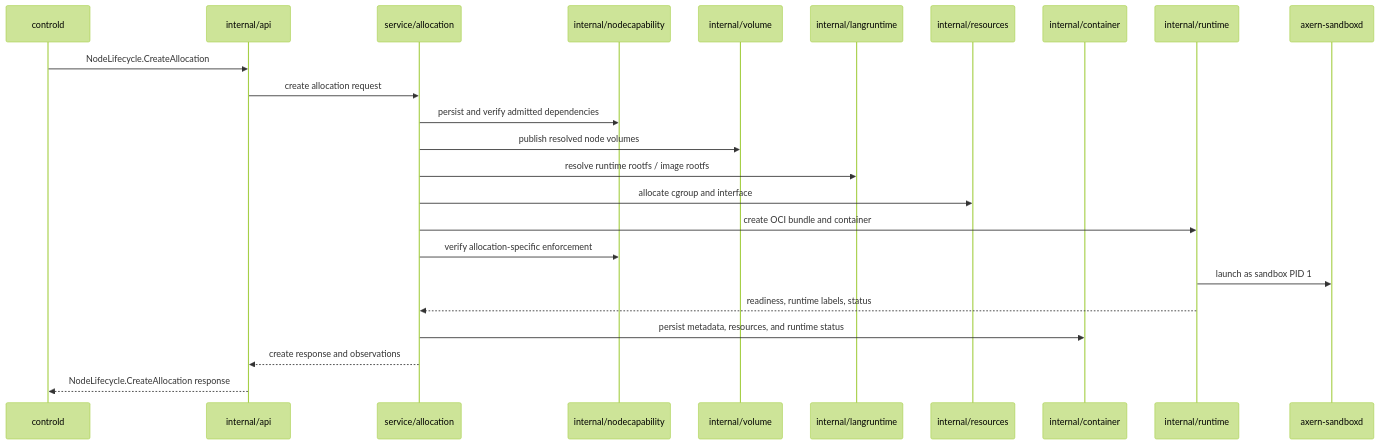
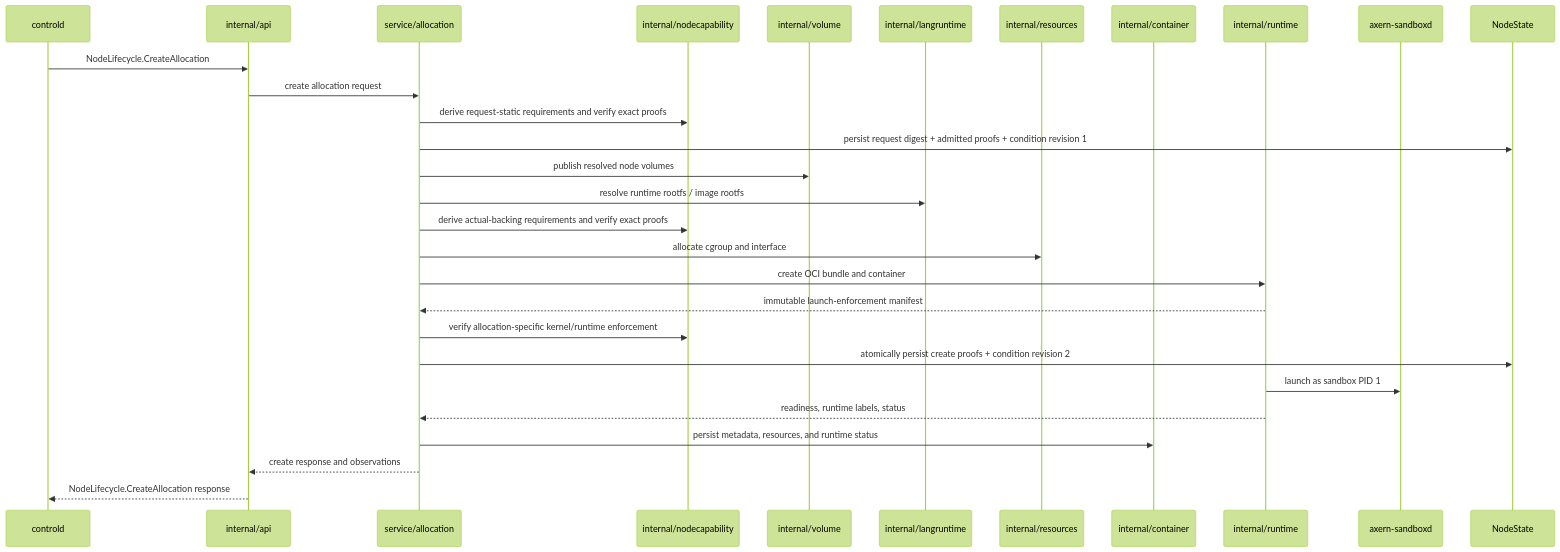
Before and after one commit to cofy-x/axern: the second of 3 diagrams in runtime/axnoded/docs/architecture.md, drawn with Mermaid (forest theme). The commit also changed other lines of this file and 288 other files, not shown here.

````diff
--- a/runtime/axnoded/docs/architecture.md
+++ b/runtime/axnoded/docs/architecture.md
@@ -69,27 +70,31 @@
 ```mermaid
 sequenceDiagram
     participant Control as controld
     participant API as internal/api
     participant Start as service/allocation
     participant Capability as internal/nodecapability
     participant Volume as internal/volume
     participant LangRT as internal/langruntime
     participant Resources as internal/resources
     participant Container as internal/container
     participant Runtime as internal/runtime
     participant Sandboxd as axern-sandboxd
 
     Control->>API: NodeLifecycle.CreateAllocation
     API->>Start: create allocation request
-    Start->>Capability: persist and verify admitted dependencies
+    Start->>Capability: derive request-static requirements and verify exact proofs
+    Start->>NodeState: persist request digest + admitted proofs + condition revision 1
     Start->>Volume: publish resolved node volumes
     Start->>LangRT: resolve runtime rootfs / image rootfs
+    Start->>Capability: derive actual-backing requirements and verify exact proofs
     Start->>Resources: allocate cgroup and interface
     Start->>Runtime: create OCI bundle and container
-    Start->>Capability: verify allocation-specific enforcement
+    Runtime-->>Start: immutable launch-enforcement manifest
+    Start->>Capability: verify allocation-specific kernel/runtime enforcement
+    Start->>NodeState: atomically persist create proofs + condition revision 2
     Runtime->>Sandboxd: launch as sandbox PID 1
     Runtime-->>Start: readiness, runtime labels, status
     Start->>Container: persist metadata, resources, and runtime status
     Start-->>API: create response and observations
     API-->>Control: NodeLifecycle.CreateAllocation response
 ```
````
